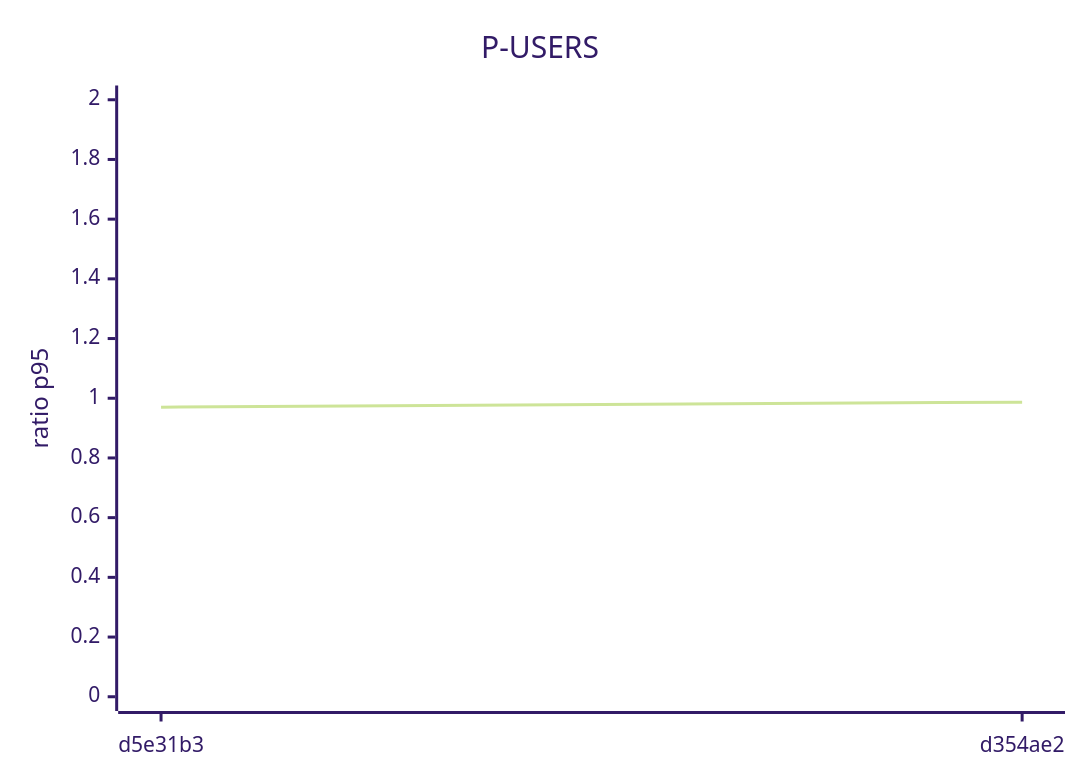
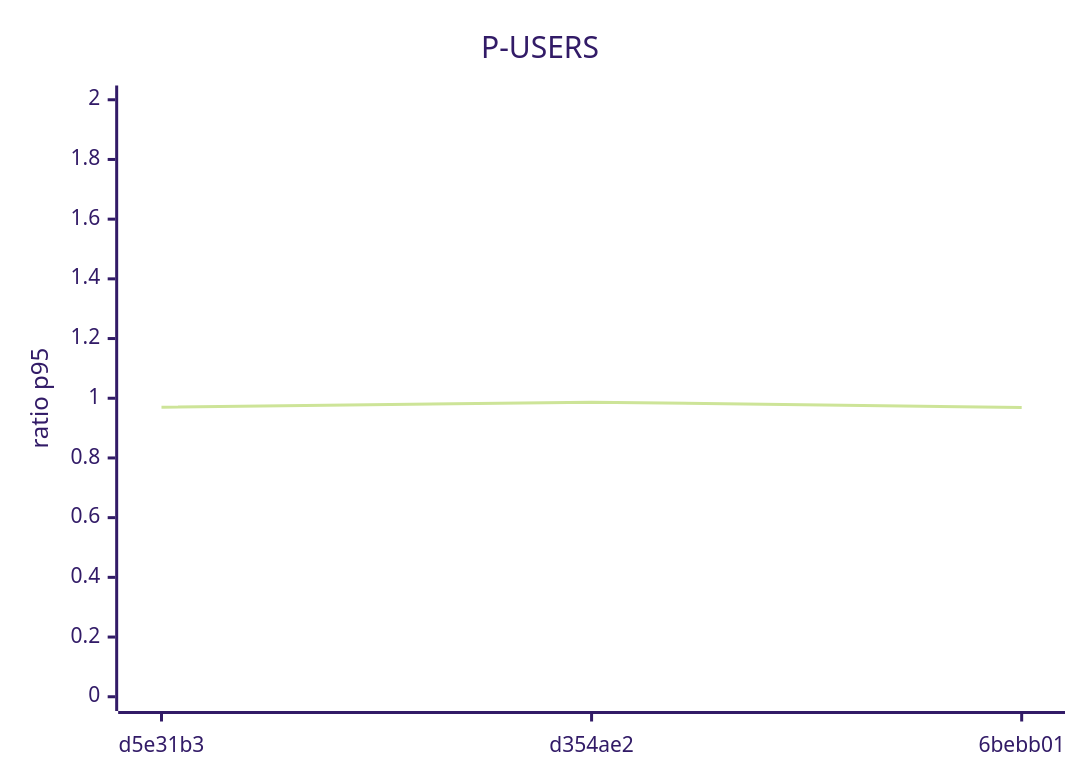
Before and after one commit to mtromane/expense-io: the fourth of 8 diagrams in docs/perf/trend.md, drawn with Mermaid (forest theme). The commit also changed other lines of this file and 1 other file, not shown here.

Commit message:
perf: mesure de 6bebb01

````diff
--- a/docs/perf/trend.md
+++ b/docs/perf/trend.md
@@ -40,7 +40,7 @@
 ```mermaid
 xychart-beta
   title "P-USERS"
-  x-axis ["d5e31b3", "d354ae2"]
+  x-axis ["d5e31b3", "d354ae2", "6bebb01"]
   y-axis "ratio p95" 0 --> 2
-  line [0.97, 0.987]
+  line [0.97, 0.987, 0.969]
 ```
````
